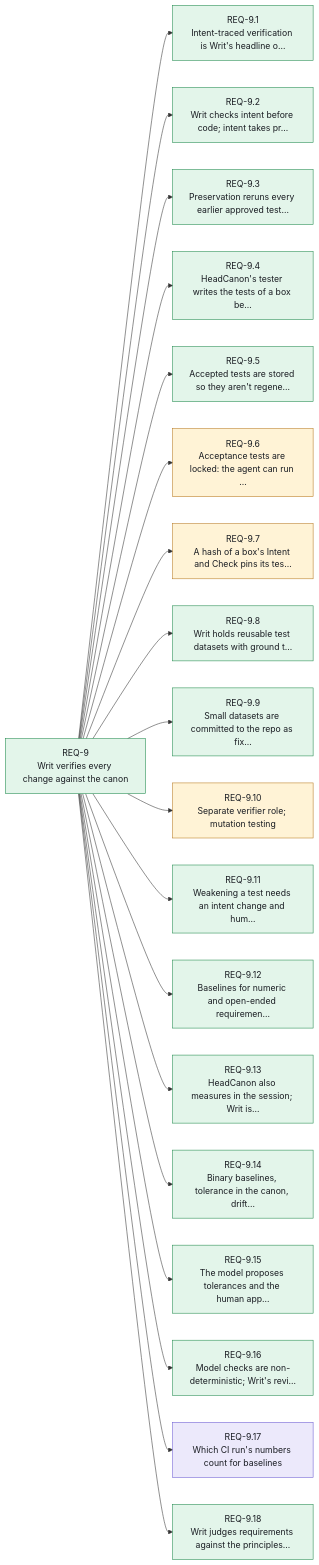
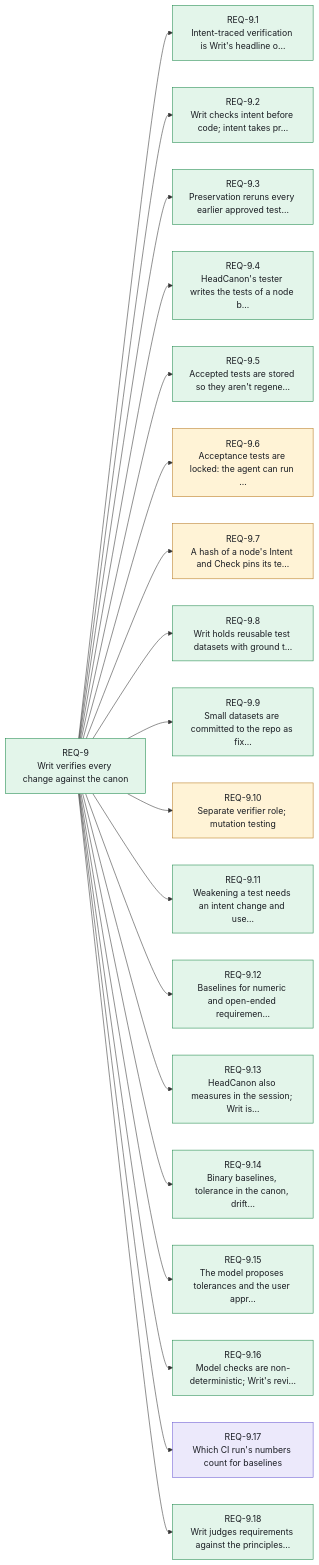
One commit to Althis/headcanon changed the tenth of 14 diagrams in canon/INDEX.md. Above: the diagram before and after it, drawn with Mermaid. The commit also changed other lines of this file and 157 other files, not shown here.

````diff
--- a/canon/INDEX.md
+++ b/canon/INDEX.md
@@ -459,45 +459,45 @@
 ```mermaid
 flowchart LR
     REQ_9["REQ-9<br/>Writ verifies every change against the canon"]:::stated
     REQ_9_1["REQ-9.1<br/>Intent-traced verification is Writ's headline o…"]:::stated
     REQ_9_2["REQ-9.2<br/>Writ checks intent before code; intent takes pr…"]:::stated
     REQ_9_3["REQ-9.3<br/>Preservation reruns every earlier approved test…"]:::stated
-    REQ_9_4["REQ-9.4<br/>HeadCanon's tester writes the tests of a box be…"]:::stated
+    REQ_9_4["REQ-9.4<br/>HeadCanon's tester writes the tests of a node b…"]:::stated
     REQ_9_5["REQ-9.5<br/>Accepted tests are stored so they aren't regene…"]:::stated
     REQ_9_6["REQ-9.6<br/>Acceptance tests are locked: the agent can run …"]:::assumed
-    REQ_9_7["REQ-9.7<br/>A hash of a box's Intent and Check pins its tes…"]:::assumed
+    REQ_9_7["REQ-9.7<br/>A hash of a node's Intent and Check pins its te…"]:::assumed
     REQ_9_8["REQ-9.8<br/>Writ holds reusable test datasets with ground t…"]:::stated
     REQ_9_9["REQ-9.9<br/>Small datasets are committed to the repo as fix…"]:::stated
     REQ_9_10["REQ-9.10<br/>Separate verifier role; mutation testing"]:::assumed
-    REQ_9_11["REQ-9.11<br/>Weakening a test needs an intent change and hum…"]:::stated
+    REQ_9_11["REQ-9.11<br/>Weakening a test needs an intent change and use…"]:::stated
     REQ_9_12["REQ-9.12<br/>Baselines for numeric and open-ended requiremen…"]:::stated
     REQ_9_13["REQ-9.13<br/>HeadCanon also measures in the session; Writ is…"]:::stated
     REQ_9_14["REQ-9.14<br/>Binary baselines, tolerance in the canon, drift…"]:::stated
-    REQ_9_15["REQ-9.15<br/>The model proposes tolerances and the human app…"]:::stated
+    REQ_9_15["REQ-9.15<br/>The model proposes tolerances and the user appr…"]:::stated
     REQ_9_16["REQ-9.16<br/>Model checks are non-deterministic; Writ's revi…"]:::stated
     REQ_9_17["REQ-9.17<br/>Which CI run's numbers count for baselines"]:::draft
     REQ_9_18["REQ-9.18<br/>Writ judges requirements against the principles…"]:::stated
     REQ_9 --> REQ_9_1
     REQ_9 --> REQ_9_2
     REQ_9 --> REQ_9_3
     REQ_9 --> REQ_9_4
     REQ_9 --> REQ_9_5
     REQ_9 --> REQ_9_6
     REQ_9 --> REQ_9_7
     REQ_9 --> REQ_9_8
     REQ_9 --> REQ_9_9
     REQ_9 --> REQ_9_10
     REQ_9 --> REQ_9_11
     REQ_9 --> REQ_9_12
     REQ_9 --> REQ_9_13
     REQ_9 --> REQ_9_14
     REQ_9 --> REQ_9_15
     REQ_9 --> REQ_9_16
     REQ_9 --> REQ_9_17
     REQ_9 --> REQ_9_18
     classDef stated fill:#e3f5ea,stroke:#1f8a4c,color:#1a1d23
     classDef resolved fill:#e8efff,stroke:#2563eb,color:#1a1d23
     classDef assumed fill:#fff3d6,stroke:#b7791f,color:#1a1d23
     classDef draft fill:#ece9fb,stroke:#6b5bd2,color:#1a1d23
     classDef contested fill:#fde7e8,stroke:#d13438,color:#1a1d23
 ```
````
